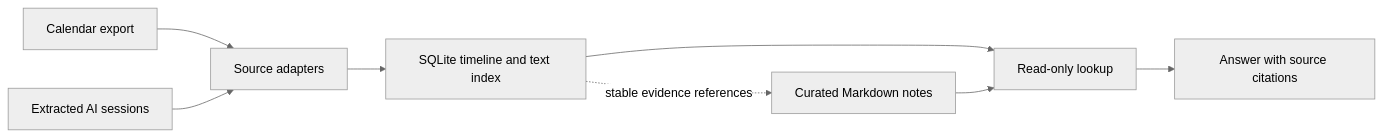
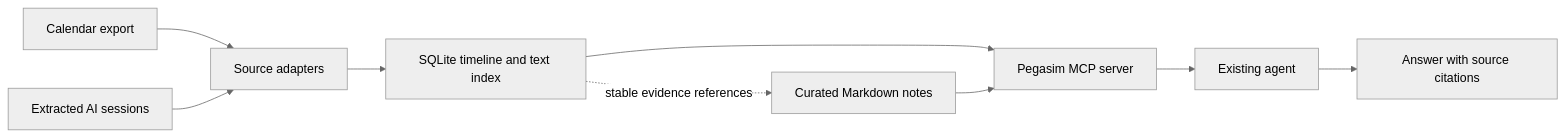
One commit to Pegasim/Brain changed the diagram in docs/architecture.md. Above: the diagram before and after it, drawn with Mermaid (neutral theme). The commit also changed other lines of this file, not shown here.

Commit message:
Make MCP the first Pegasim demo interface

````diff
--- a/docs/architecture.md
+++ b/docs/architecture.md
@@ -13,10 +13,11 @@
 ```mermaid
 flowchart LR
     Calendar[Calendar export] --> Import[Source adapters]
     Sessions[Extracted AI sessions] --> Import
     Import --> Timeline[SQLite timeline and text index]
     Timeline -. stable evidence references .-> Notes[Curated Markdown notes]
-    Timeline --> Retrieve[Read-only lookup]
+    Timeline --> Retrieve[Pegasim MCP server]
     Notes --> Retrieve
-    Retrieve --> Answer[Answer with source citations]
+    Retrieve --> Agent[Existing agent]
+    Agent --> Answer[Answer with source citations]
 ```
````
